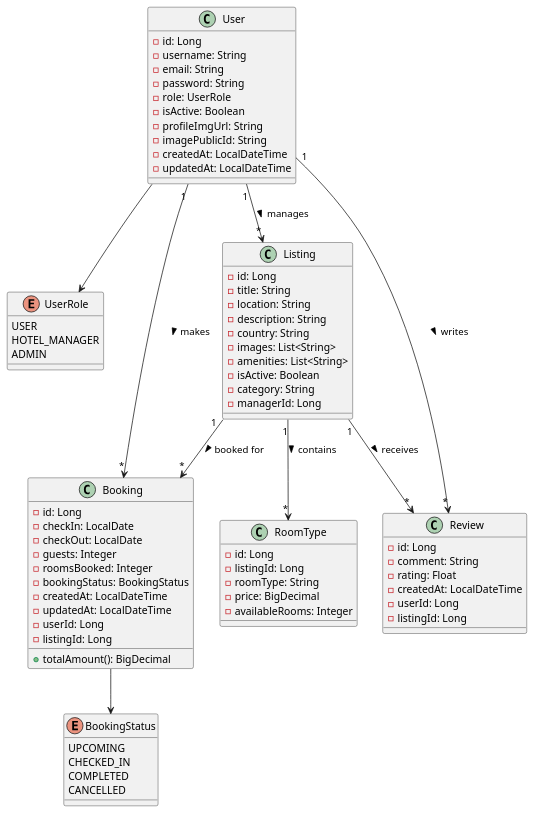
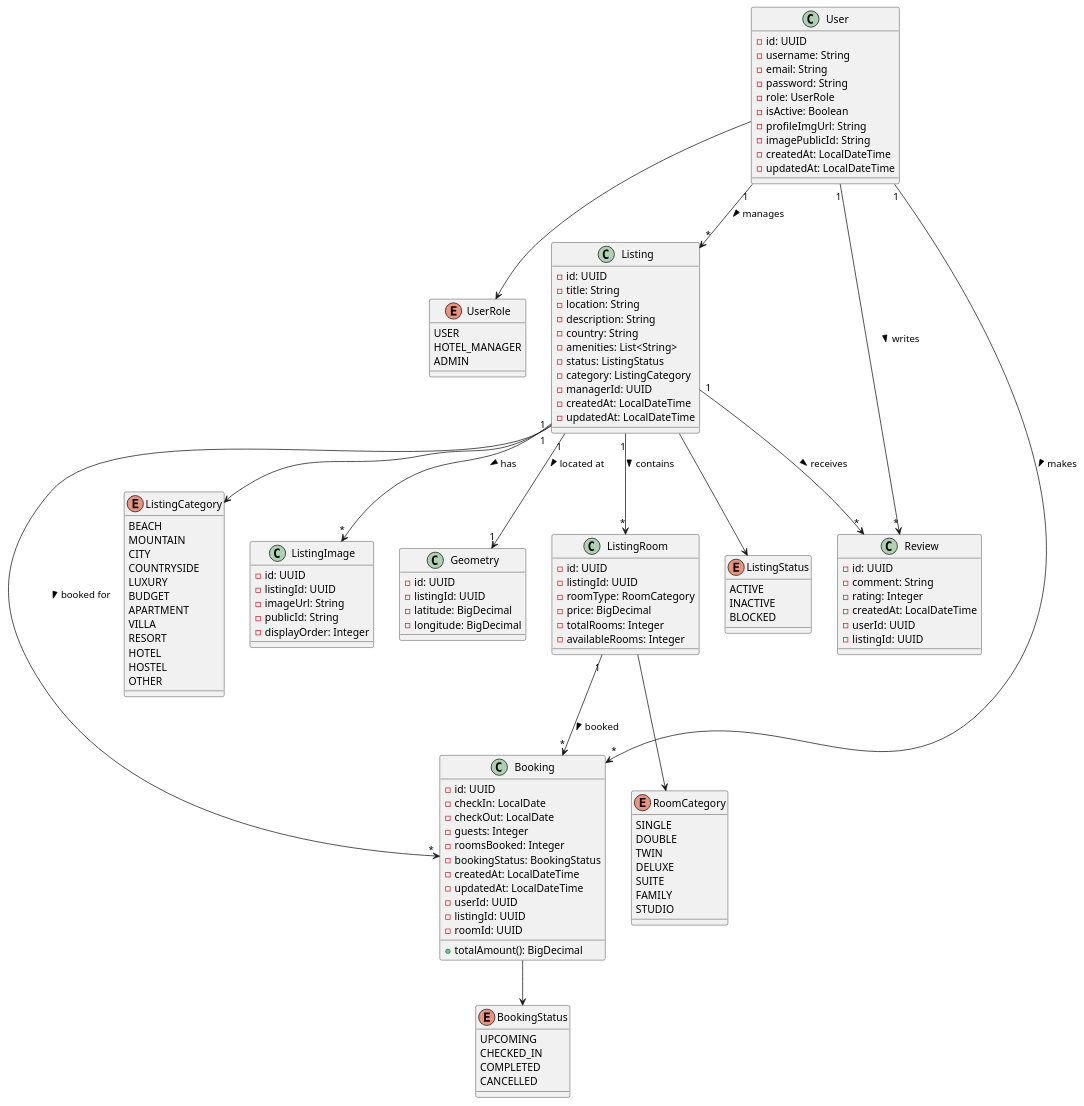
One commit to qutubuddinkhan07/blinkstay-modular-monolith changed the diagram in system-design/system-class-diagram.puml. Above: the diagram before and after it, drawn with PlantUML.

Commit message:
updated the design with the listing module

```diff
--- a/system-design/system-class-diagram.puml
+++ b/system-design/system-class-diagram.puml
@@ -1,90 +1,165 @@
 @startuml SystemClassDiagram
 
 class User {
-    - id: Long
+    - id: UUID
     - username: String
     - email: String
     - password: String
     - role: UserRole
     - isActive: Boolean
     - profileImgUrl: String
     - imagePublicId: String
     - createdAt: LocalDateTime
     - updatedAt: LocalDateTime
 }
 
 enum UserRole {
     USER
     HOTEL_MANAGER
     ADMIN
 }
 
 User --> UserRole
 
 
+' =========================
+' LISTING MODULE
+' =========================
+
 class Listing {
-    - id: Long
+    - id: UUID
     - title: String
     - location: String
     - description: String
     - country: String
-    - images: List<String>
     - amenities: List<String>
-    - isActive: Boolean
-    - category: String
-    - managerId: Long
+    - status: ListingStatus
+    - category: ListingCategory
+    - managerId: UUID
+    - createdAt: LocalDateTime
+    - updatedAt: LocalDateTime
+}
+
+enum ListingStatus {
+    ACTIVE
+    INACTIVE
+    BLOCKED
+}
+
+enum ListingCategory {
+    BEACH
+    MOUNTAIN
+    CITY
+    COUNTRYSIDE
+    LUXURY
+    BUDGET
+    APARTMENT
+    VILLA
+    RESORT
+    HOTEL
+    HOSTEL
+    OTHER
+}
+
+Listing --> ListingStatus
+Listing --> ListingCategory
+
+
+class ListingImage {
+    - id: UUID
+    - listingId: UUID
+    - imageUrl: String
+    - publicId: String
+    - displayOrder: Integer
+}
+
+class Geometry {
+    - id: UUID
+    - listingId: UUID
+    - latitude: BigDecimal
+    - longitude: BigDecimal
 }
 
 User "1" --> "*" Listing : manages >
+Listing "1" --> "*" ListingImage : has >
+Listing "1" --> "1" Geometry : located at >
 
 
-class RoomType {
-    - id: Long
-    - listingId: Long
-    - roomType: String
+' =========================
+' ROOM MODULE
+' =========================
+
+class ListingRoom {
+    - id: UUID
+    - listingId: UUID
+    - roomType: RoomCategory
     - price: BigDecimal
+    - totalRooms: Integer
     - availableRooms: Integer
 }
 
-Listing "1" --> "*" RoomType : contains >
+enum RoomCategory {
+    SINGLE
+    DOUBLE
+    TWIN
+    DELUXE
+    SUITE
+    FAMILY
+    STUDIO
+}
+
+Listing "1" --> "*" ListingRoom : contains >
+ListingRoom --> RoomCategory
 
 
+' =========================
+' REVIEW MODULE
+' =========================
+
 class Review {
-    - id: Long
+    - id: UUID
     - comment: String
-    - rating: Float
+    - rating: Integer
     - createdAt: LocalDateTime
-    - userId: Long
-    - listingId: Long
+    - userId: UUID
+    - listingId: UUID
 }
 
 User "1" --> "*" Review : writes >
 Listing "1" --> "*" Review : receives >
 
 
+' =========================
+' BOOKING MODULE
+' =========================
+
 class Booking {
-    - id: Long
+    - id: UUID
     - checkIn: LocalDate
     - checkOut: LocalDate
     - guests: Integer
     - roomsBooked: Integer
     - bookingStatus: BookingStatus
     - createdAt: LocalDateTime
     - updatedAt: LocalDateTime
-    - userId: Long
-    - listingId: Long
+    - userId: UUID
+    - listingId: UUID
+    - roomId: UUID
     + totalAmount(): BigDecimal
 }
 
 enum BookingStatus {
     UPCOMING
     CHECKED_IN
     COMPLETED
     CANCELLED
 }
 
 Booking --> BookingStatus
+
 User "1" --> "*" Booking : makes >
 Listing "1" --> "*" Booking : booked for >
+ListingRoom "1" --> "*" Booking : booked >
+
 
 @enduml
```
